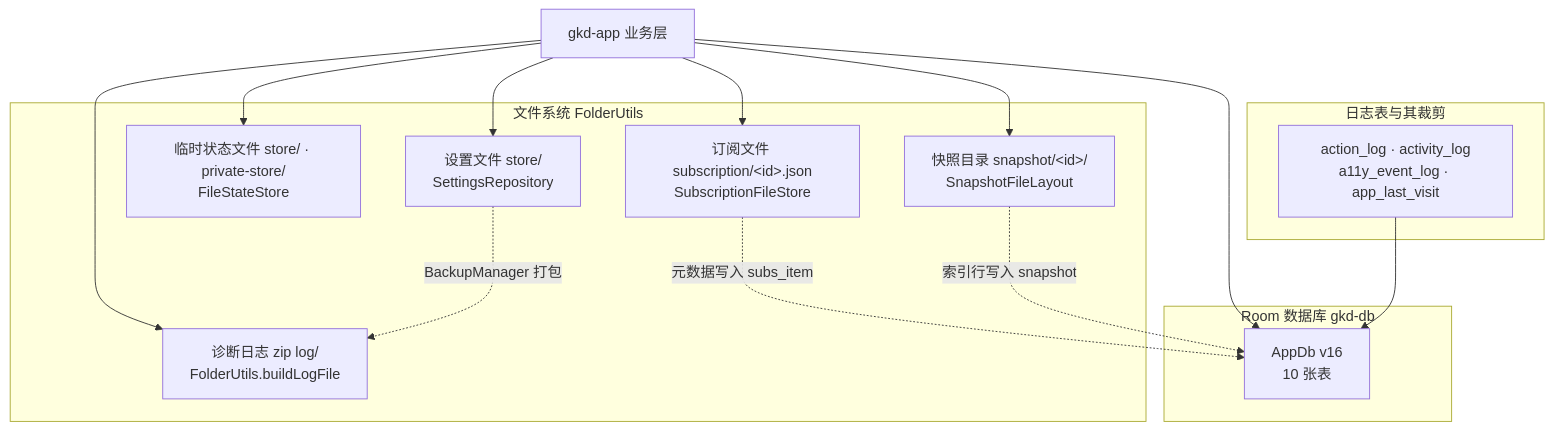
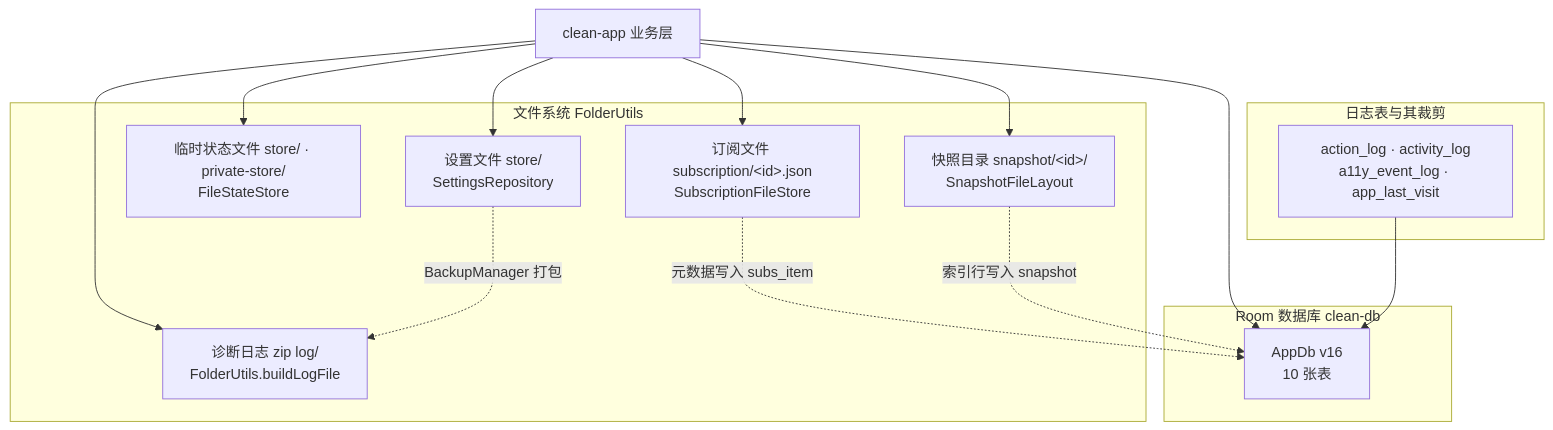
The first of 6 diagrams in docs/06-data-layer.md (jwjwj2j/clean), drawn with Mermaid before and after one commit. The commit also changed other lines of this file and 475 other files, not shown here.

First line of the commit message:
refactor: 模块目录 gkd-* 改名 clean-*；README 增加捐赠区

````diff
--- a/docs/06-data-layer.md
+++ b/docs/06-data-layer.md
@@ -11,31 +11,31 @@
 ```mermaid
 flowchart TD
-    APP["gkd-app 业务层"]
+    APP["clean-app 业务层"]
 
-    subgraph DB["Room 数据库 gkd-db"]
+    subgraph DB["Room 数据库 clean-db"]
         ROOM["AppDb v16<br/>10 张表"]
     end
 
     subgraph FILES["文件系统 FolderUtils"]
         STORE["设置文件 store/<br/>SettingsRepository"]
         ADHOC["临时状态文件 store/ · private-store/<br/>FileStateStore"]
         SUBS["订阅文件 subscription/&lt;id&gt;.json<br/>SubscriptionFileStore"]
         SNAP["快照目录 snapshot/&lt;id&gt;/<br/>SnapshotFileLayout"]
         LOG["诊断日志 zip log/<br/>FolderUtils.buildLogFile"]
     end
 
     subgraph LOGTABLES["日志表与其裁剪"]
         LOGDAO["action_log · activity_log<br/>a11y_event_log · app_last_visit"]
     end
 
     APP --> ROOM
     APP --> STORE
     APP --> ADHOC
     APP --> SUBS
     APP --> SNAP
     APP --> LOG
     SUBS -.->|"元数据写入 subs_item"| ROOM
     SNAP -.->|"索引行写入 snapshot"| ROOM
     LOGDAO --> ROOM
     STORE -.->|"BackupManager 打包"| LOG
 ```
````
